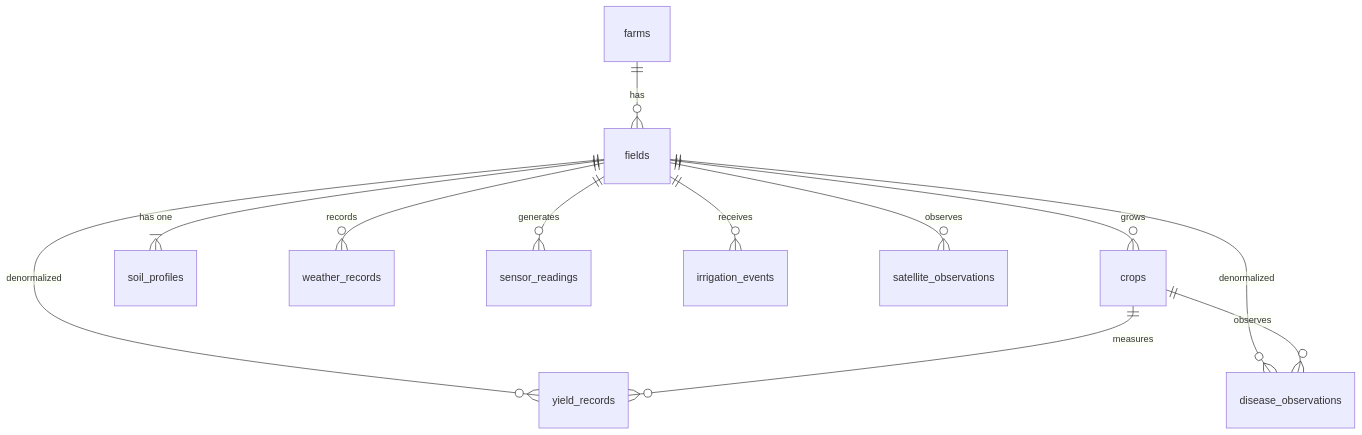
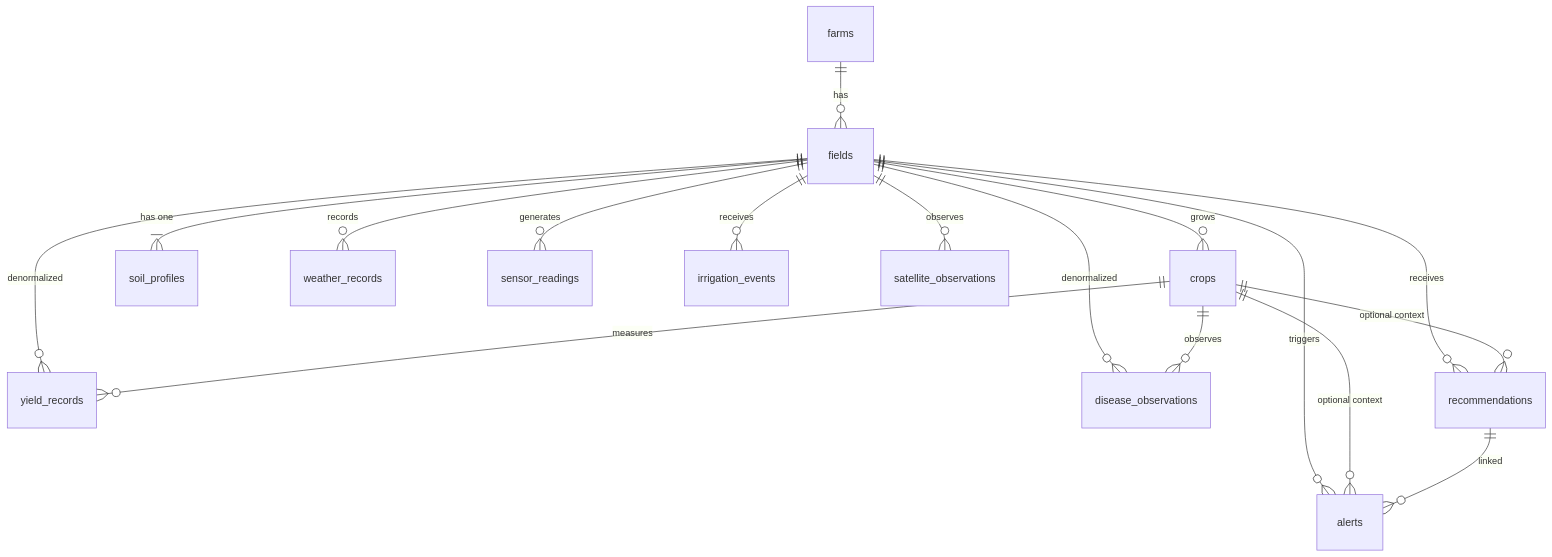
One commit to santoshnarayanan/AGRIFLOW-AI changed the diagram in docs/reference/03-database.md. Above: the diagram before and after it, drawn with Mermaid. The commit also changed other lines of this file and 9 other files, not shown here.

````diff
--- a/docs/reference/03-database.md
+++ b/docs/reference/03-database.md
@@ -22,14 +23,19 @@
 ```mermaid
 erDiagram
     farms ||--o{ fields : "has"
     fields ||--o{ crops : "grows"
     fields ||--|{ soil_profiles : "has one"
     fields ||--o{ weather_records : "records"
     fields ||--o{ sensor_readings : "generates"
     fields ||--o{ irrigation_events : "receives"
     fields ||--o{ yield_records : "denormalized"
     fields ||--o{ disease_observations : "denormalized"
     fields ||--o{ satellite_observations : "observes"
+    fields ||--o{ recommendations : "receives"
+    fields ||--o{ alerts : "triggers"
     crops ||--o{ yield_records : "measures"
     crops ||--o{ disease_observations : "observes"
+    crops ||--o{ recommendations : "optional context"
+    crops ||--o{ alerts : "optional context"
+    recommendations ||--o{ alerts : "linked"
 ```
````
